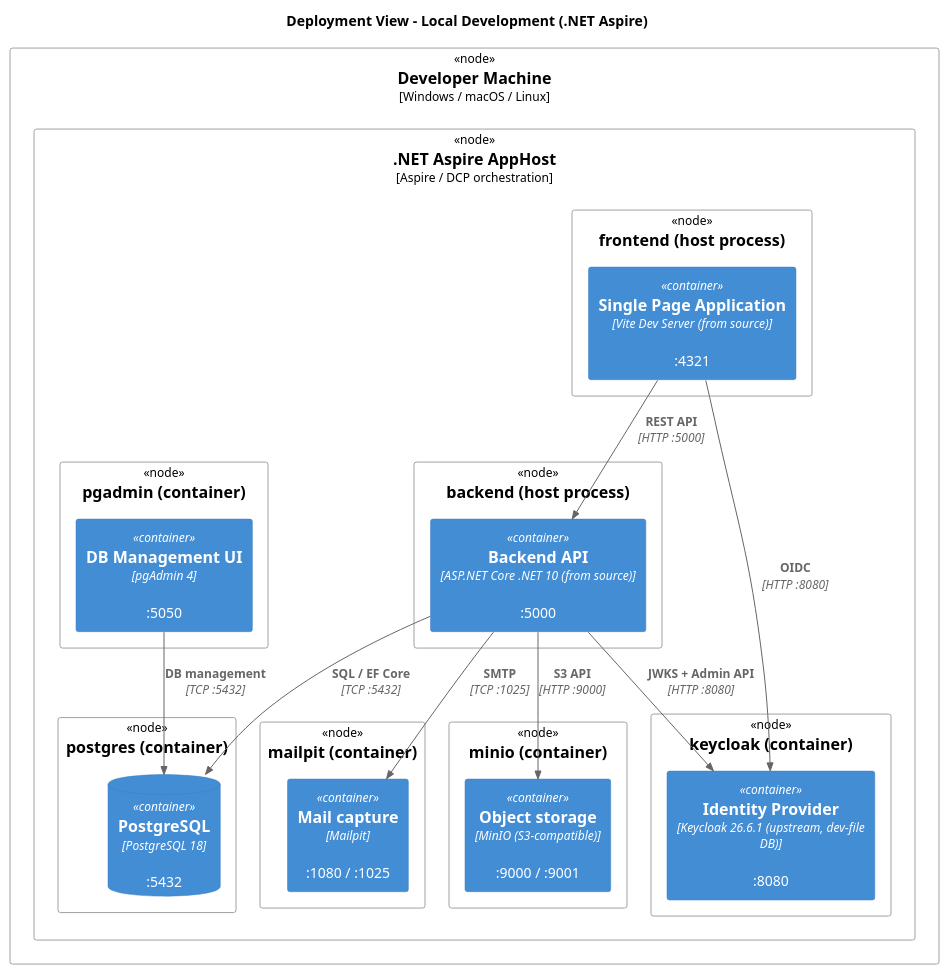
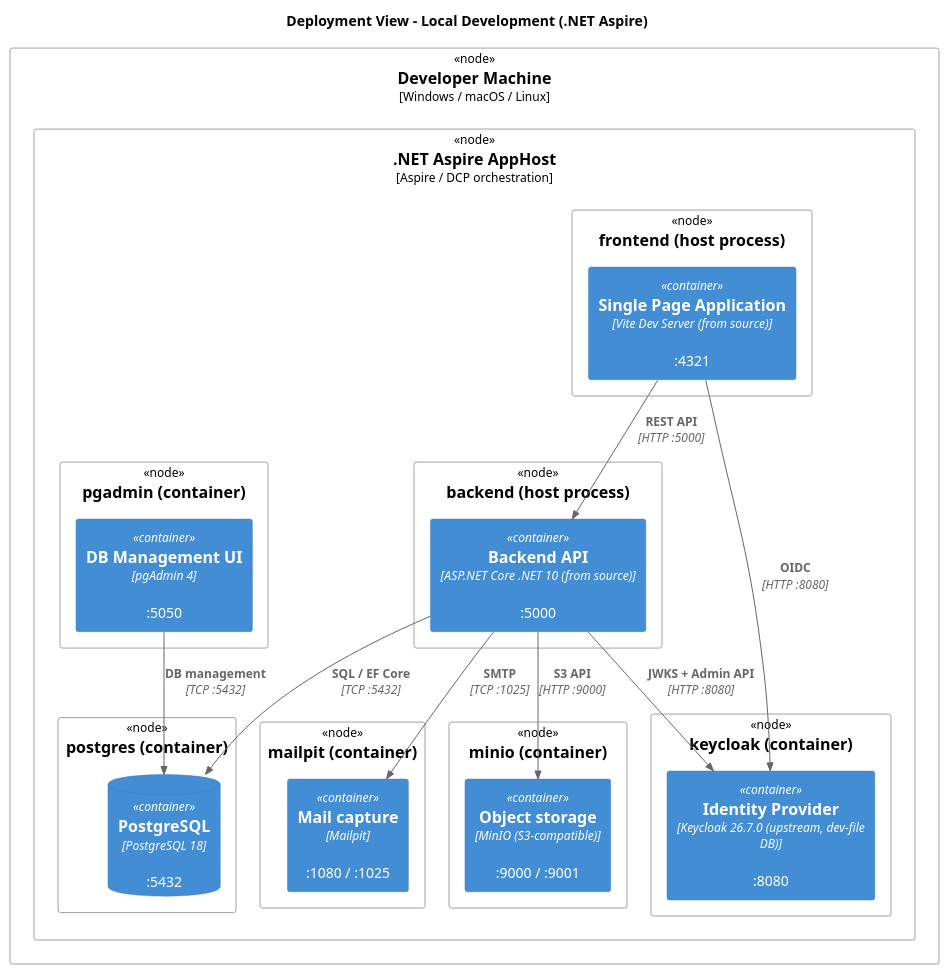
Before and after one commit to maik-hasler/einsatzbereit: the diagram in docs/Architecture/images/deployment-local.puml, drawn with PlantUML. The commit also changed 1 other file, not shown here.

Commit message:
chore(deps): update quay.io/keycloak/keycloak docker tag to v26.7.0 (#756)

```diff
--- a/docs/Architecture/images/deployment-local.puml
+++ b/docs/Architecture/images/deployment-local.puml
@@ -1,48 +1,48 @@
 @startuml Local Development Deployment
 
 !include <C4/C4_Deployment>
 
 title Deployment View - Local Development (.NET Aspire)
 
 Deployment_Node(machine, "Developer Machine", "Windows / macOS / Linux") {
 	Deployment_Node(aspire, ".NET Aspire AppHost", "Aspire / DCP orchestration") {
 
 		Deployment_Node(frontend_node, "frontend (host process)") {
 			Container(frontend, "Single Page Application", "Vite Dev Server (from source)", ":4321")
 		}
 
 		Deployment_Node(backend_node, "backend (host process)") {
 			Container(backend, "Backend API", "ASP.NET Core .NET 10 (from source)", ":5000")
 		}
 
 		Deployment_Node(keycloak_node, "keycloak (container)") {
-			Container(keycloak, "Identity Provider", "Keycloak 26.6.1 (upstream, dev-file DB)", ":8080")
+			Container(keycloak, "Identity Provider", "Keycloak 26.7.0 (upstream, dev-file DB)", ":8080")
 		}
 
 		Deployment_Node(postgres_node, "postgres (container)") {
 			ContainerDb(postgres, "PostgreSQL", "PostgreSQL 18", ":5432")
 		}
 
 		Deployment_Node(pgadmin_node, "pgadmin (container)") {
 			Container(pgadmin, "DB Management UI", "pgAdmin 4", ":5050")
 		}
 
 		Deployment_Node(mailpit_node, "mailpit (container)") {
 			Container(mailpit, "Mail capture", "Mailpit", ":1080 / :1025")
 		}
 
 		Deployment_Node(minio_node, "minio (container)") {
 			Container(minio, "Object storage", "MinIO (S3-compatible)", ":9000 / :9001")
 		}
 	}
 }
 
 Rel(frontend, backend, "REST API", "HTTP :5000")
 Rel(frontend, keycloak, "OIDC", "HTTP :8080")
 Rel(backend, postgres, "SQL / EF Core", "TCP :5432")
 Rel(backend, keycloak, "JWKS + Admin API", "HTTP :8080")
 Rel(backend, mailpit, "SMTP", "TCP :1025")
 Rel(backend, minio, "S3 API", "HTTP :9000")
 Rel(pgadmin, postgres, "DB management", "TCP :5432")
 
 @enduml
```
